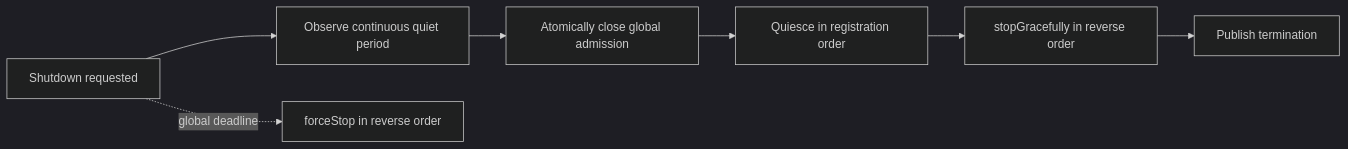
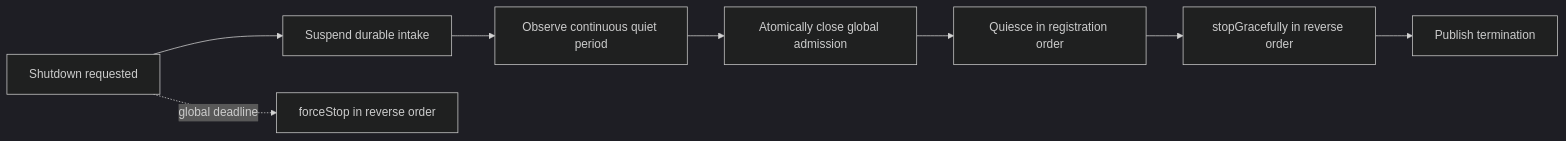
The second of 2 diagrams in documentation/docs/en/guide/advanced/runtime-lifecycle.md (Ahoo-Wang/Wow), drawn with Mermaid (dark theme) before and after one commit. The commit also changed other lines of this file and 34 other files, not shown here.

First line of the commit message:
fix(runtime)!: suspend durable intake first on graceful stop, so sustained traffic no longer forces a timeout (B8) (#3993)

````diff
--- a/documentation/docs/en/guide/advanced/runtime-lifecycle.md
+++ b/documentation/docs/en/guide/advanced/runtime-lifecycle.md
@@ -71,9 +73,10 @@
 ```mermaid
 flowchart LR
-    Stop[Shutdown requested] --> Quiet[Observe continuous quiet period]
+    Stop[Shutdown requested] --> Suspend[Suspend durable intake]
+    Suspend --> Quiet[Observe continuous quiet period]
     Quiet --> Close[Atomically close global admission]
     Close --> Quiesce[Quiesce in registration order]
     Quiesce --> Drain[stopGracefully in reverse order]
     Drain --> Done[Publish termination]
     Stop -. global deadline .-> Force[forceStop in reverse order]
 ```
````
